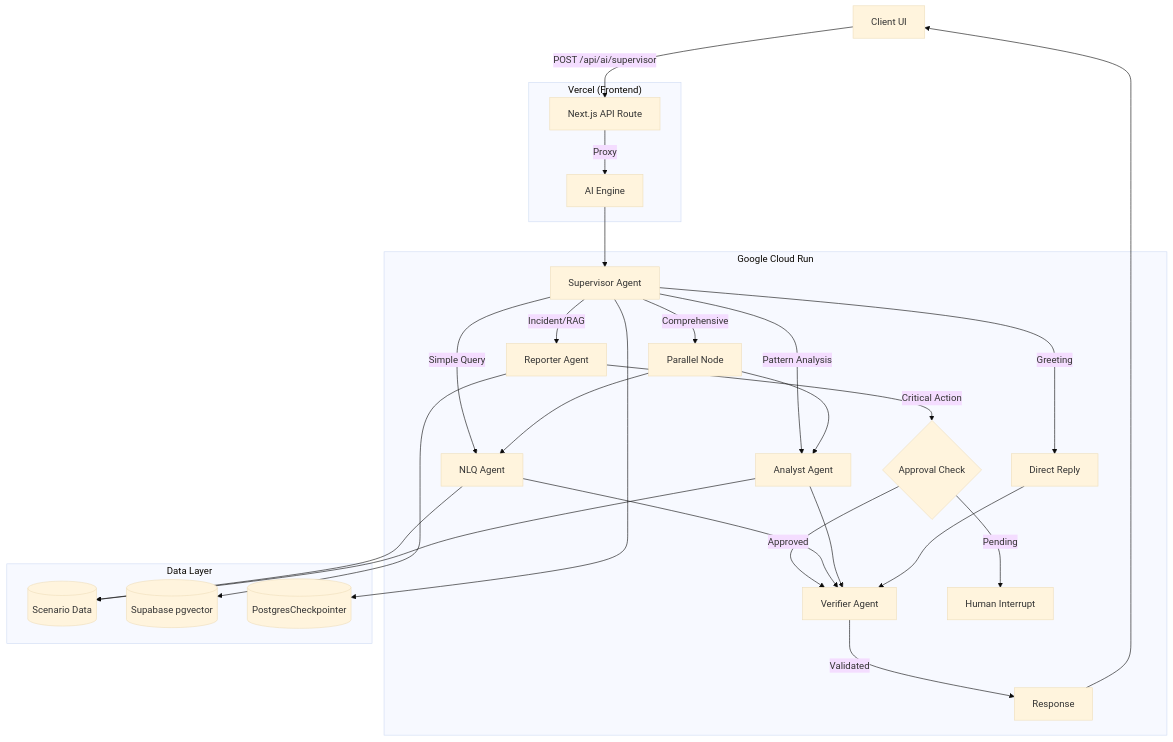
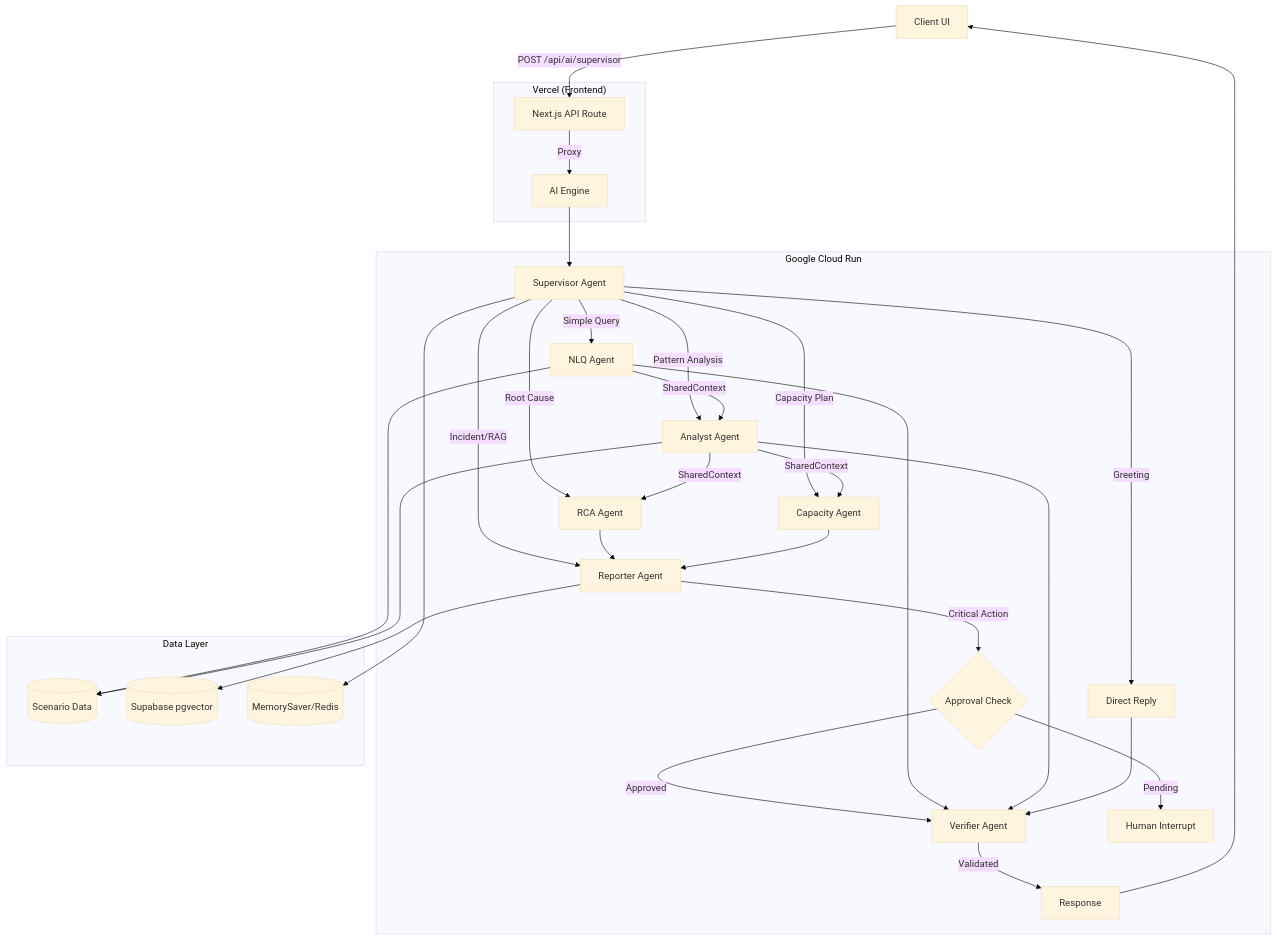
Before and after one commit to skyasu2/openmanager-vibe-v5: the first of 3 diagrams in docs/core/architecture/ai/ai-engine-architecture.md, drawn with Mermaid (base theme). The commit also changed other lines of this file and 1 other file, not shown here.

````diff
--- a/docs/core/architecture/ai/ai-engine-architecture.md
+++ b/docs/core/architecture/ai/ai-engine-architecture.md
@@ -88,40 +99,44 @@
 ```mermaid
 graph TD
     Client[Client UI] -->|POST /api/ai/supervisor| API[Next.js API Route]
 
     subgraph "Vercel (Frontend)"
         API -->|Proxy| CloudRun
     end
 
     subgraph "Google Cloud Run"
         CloudRun[AI Engine] --> Supervisor[Supervisor Agent]
 
         Supervisor -->|Simple Query| NLQ[NLQ Agent]
         Supervisor -->|Pattern Analysis| Analyst[Analyst Agent]
+        Supervisor -->|Root Cause| RCA[RCA Agent]
+        Supervisor -->|Capacity Plan| Capacity[Capacity Agent]
         Supervisor -->|Incident/RAG| Reporter[Reporter Agent]
-        Supervisor -->|Comprehensive| Parallel[Parallel Node]
         Supervisor -->|Greeting| Direct[Direct Reply]
 
-        Parallel --> NLQ
-        Parallel --> Analyst
+        NLQ -->|SharedContext| Analyst
+        Analyst -->|SharedContext| RCA
+        Analyst -->|SharedContext| Capacity
+        RCA --> Reporter
+        Capacity --> Reporter
 
         Reporter -->|Critical Action| Approval{Approval Check}
         Approval -->|Approved| Verifier[Verifier Agent]
         Approval -->|Pending| Interrupt[Human Interrupt]
 
         NLQ --> Verifier
         Analyst --> Verifier
         Direct --> Verifier
 
         Verifier -->|Validated| Response[Response]
     end
 
     subgraph "Data Layer"
         NLQ --> Metrics[(Scenario Data)]
         Analyst --> Metrics
         Reporter --> RAG[(Supabase pgvector)]
-        Supervisor --> Checkpoint[(PostgresCheckpointer)]
+        Supervisor --> Checkpoint[(MemorySaver/Redis)]
     end
 
     Response --> Client
 ```
````
